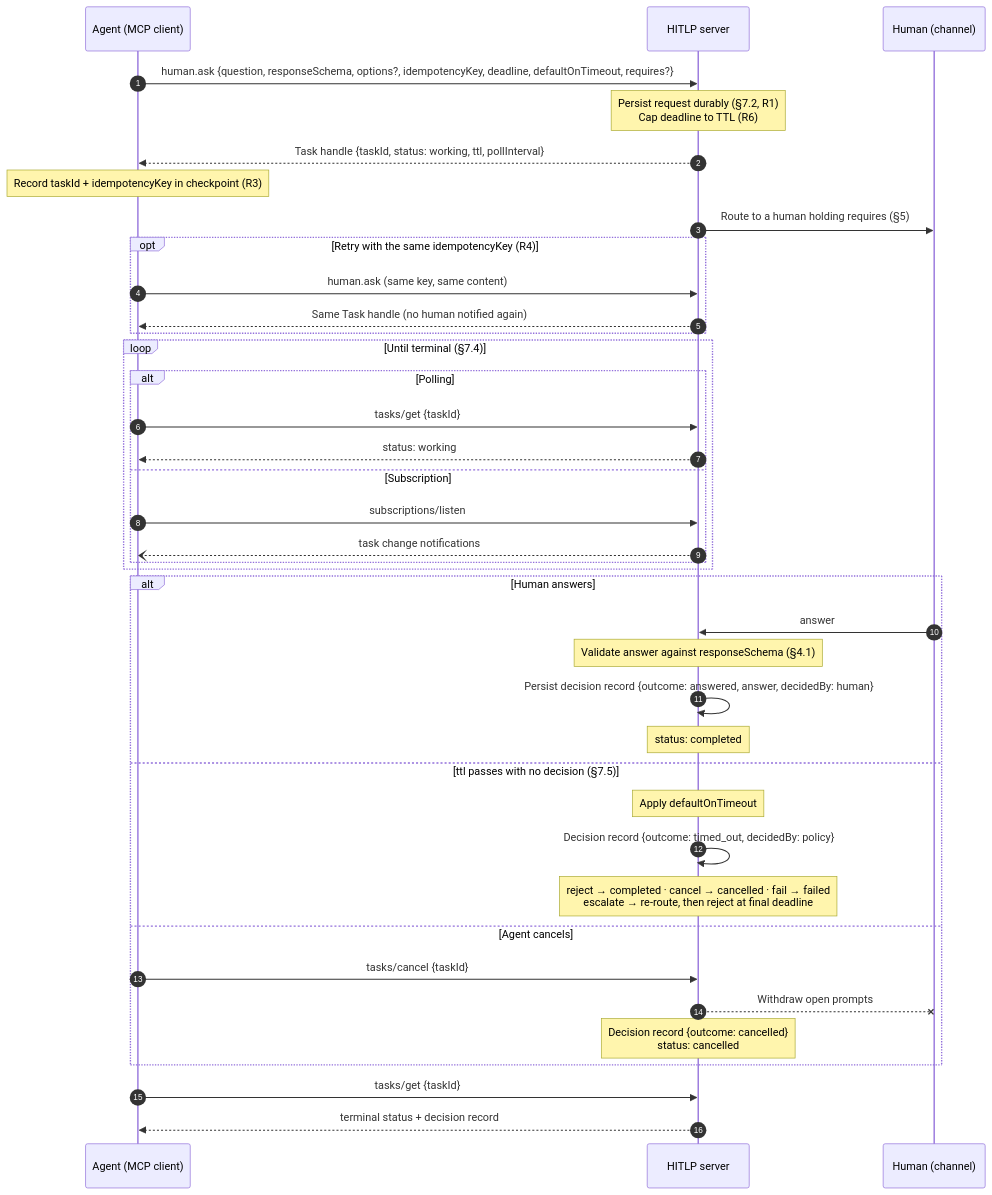
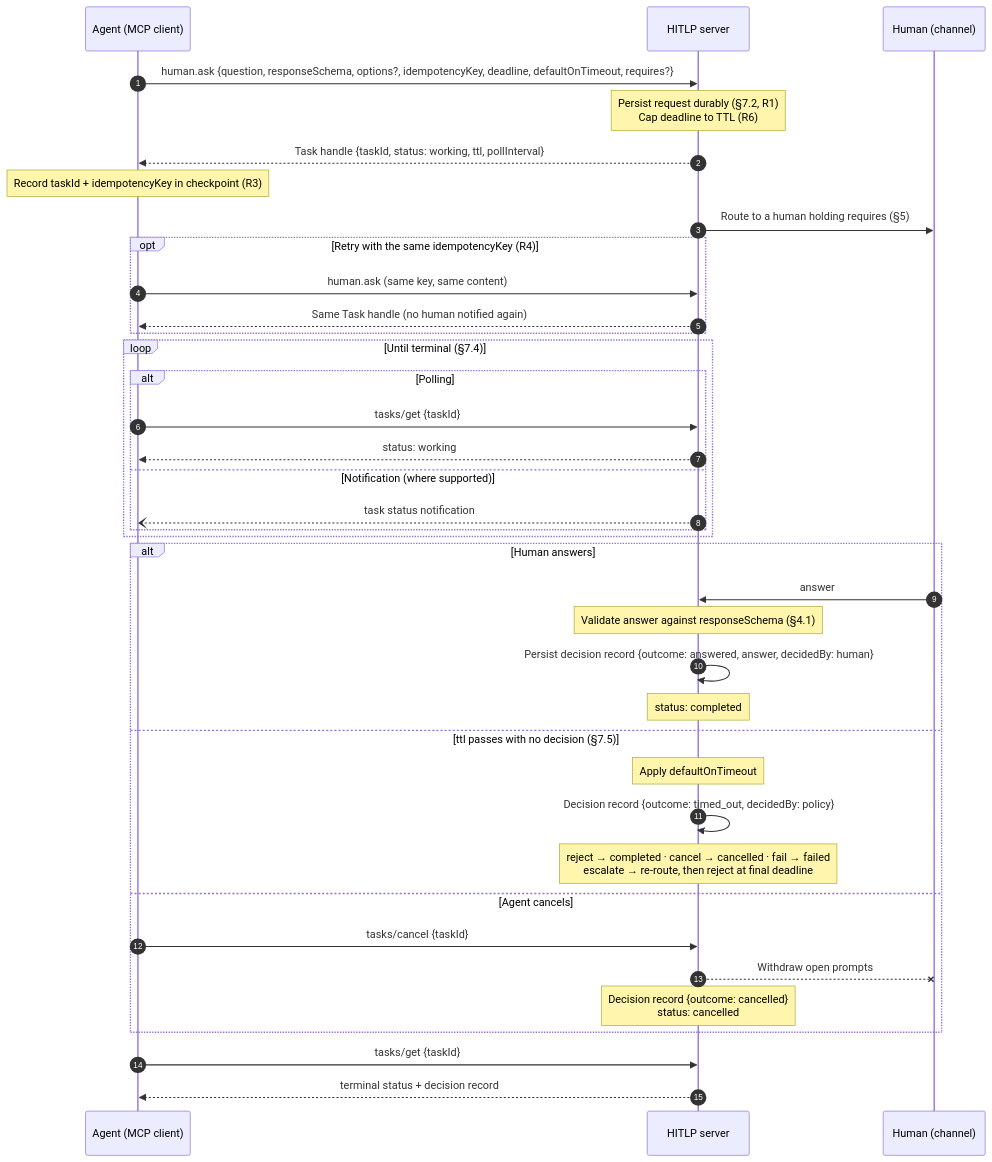
One commit to codefrak-oss/hitlp changed the diagram in diagrams/ask.md. Above: the diagram before and after it, drawn with Mermaid. The commit also changed 3 other files, not shown here.

Commit message:
Spec and diagrams: URL-mode Approve stays input_required until decided; align Tasks methods with SEP-2663

````diff
--- a/diagrams/ask.md
+++ b/diagrams/ask.md
@@ -8,46 +8,45 @@
 ```mermaid
 sequenceDiagram
     autonumber
     participant A as Agent (MCP client)
     participant S as HITLP server
     participant H as Human (channel)
 
     A->>S: human.ask {question, responseSchema, options?, idempotencyKey, deadline, defaultOnTimeout, requires?}
     Note over S: Persist request durably (§7.2, R1)<br/>Cap deadline to TTL (R6)
     S-->>A: Task handle {taskId, status: working, ttl, pollInterval}
     Note over A: Record taskId + idempotencyKey in checkpoint (R3)
     S->>H: Route to a human holding requires (§5)
 
     opt Retry with the same idempotencyKey (R4)
         A->>S: human.ask (same key, same content)
         S-->>A: Same Task handle (no human notified again)
     end
 
     loop Until terminal (§7.4)
         alt Polling
             A->>S: tasks/get {taskId}
             S-->>A: status: working
-        else Subscription
-            A->>S: subscriptions/listen
-            S--)A: task change notifications
+        else Notification (where supported)
+            S--)A: task status notification
         end
     end
 
     alt Human answers
         H->>S: answer
         Note over S: Validate answer against responseSchema (§4.1)
         S->>S: Persist decision record {outcome: answered, answer, decidedBy: human}
         Note over S: status: completed
     else ttl passes with no decision (§7.5)
         Note over S: Apply defaultOnTimeout
         S->>S: Decision record {outcome: timed_out, decidedBy: policy}
         Note over S: reject → completed · cancel → cancelled · fail → failed<br/>escalate → re-route, then reject at final deadline
     else Agent cancels
         A->>S: tasks/cancel {taskId}
         S--xH: Withdraw open prompts
         Note over S: Decision record {outcome: cancelled}<br/>status: cancelled
     end
 
     A->>S: tasks/get {taskId}
     S-->>A: terminal status + decision record
 ```
````
